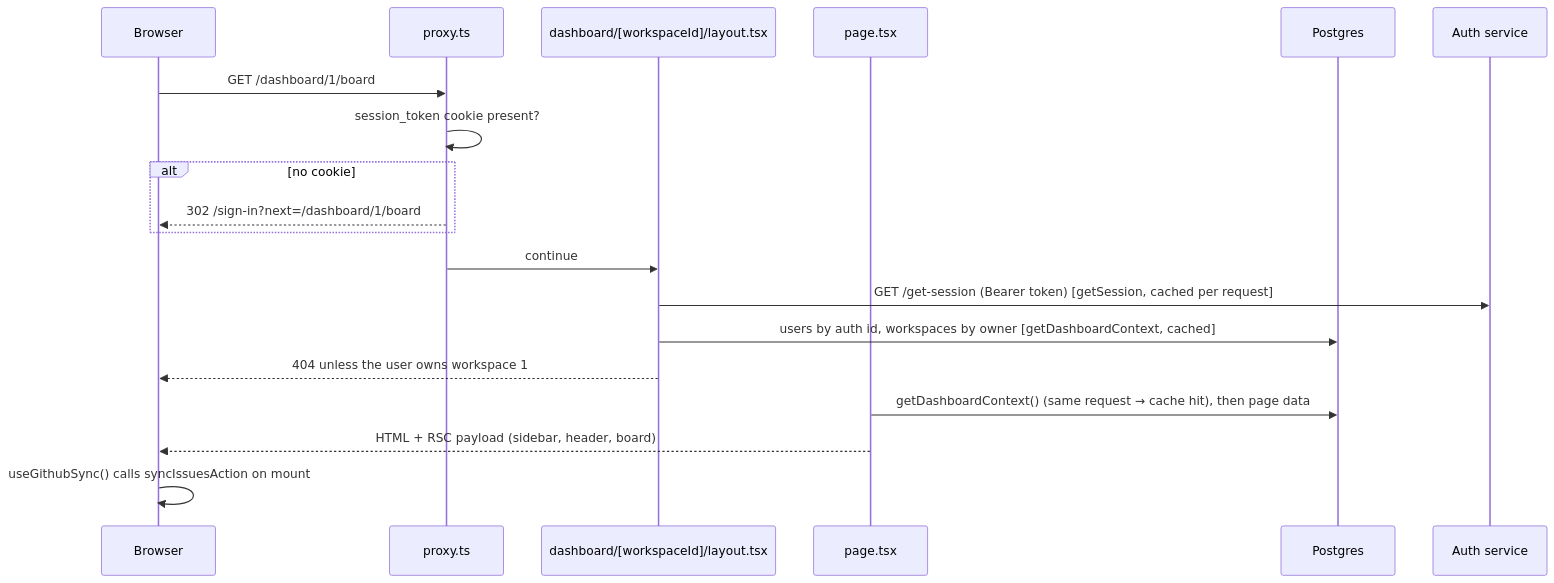
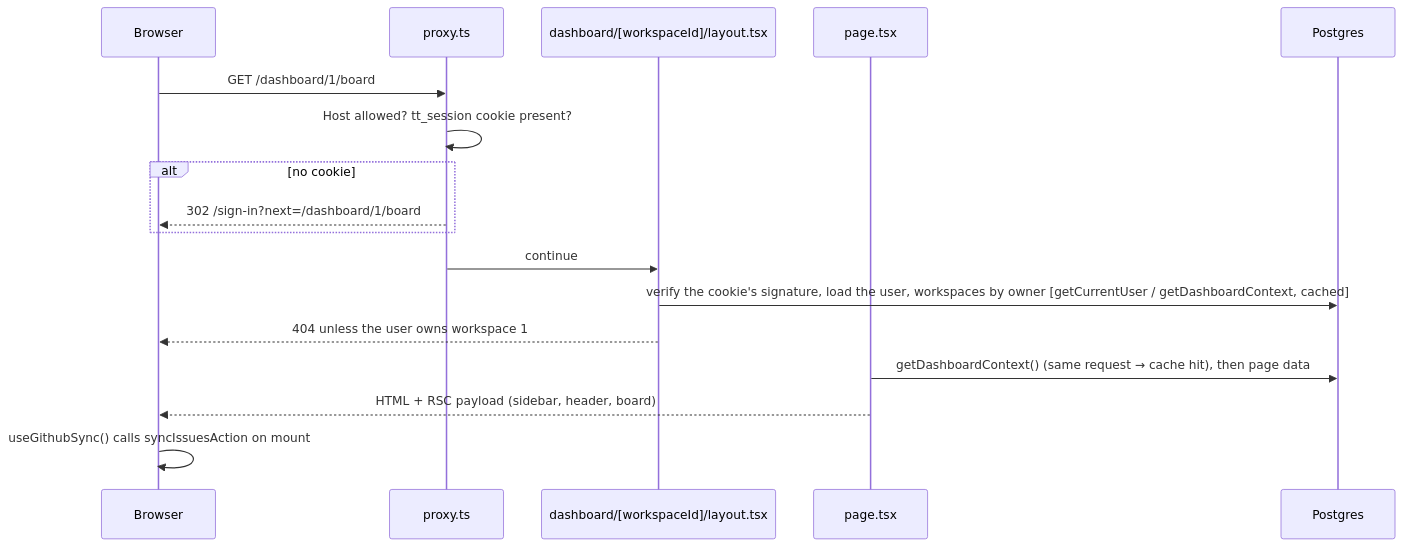
Before and after one commit to johanso/techcrew: the diagram in docs/architecture.md, drawn with Mermaid. The commit also changed other lines of this file and 11 other files, not shown here.

````diff
--- a/docs/architecture.md
+++ b/docs/architecture.md
@@ -188,22 +188,20 @@
 ```mermaid
 sequenceDiagram
     participant B as Browser
     participant P as proxy.ts
     participant L as dashboard/[workspaceId]/layout.tsx
     participant Pg as page.tsx
     participant DB as Postgres
-    participant A as Auth service
 
     B->>P: GET /dashboard/1/board
-    P->>P: session_token cookie present?
+    P->>P: Host allowed? tt_session cookie present?
     alt no cookie
         P-->>B: 302 /sign-in?next=/dashboard/1/board
     end
     P->>L: continue
-    L->>A: GET /get-session (Bearer token)  [getSession, cached per request]
-    L->>DB: users by auth id, workspaces by owner  [getDashboardContext, cached]
+    L->>DB: verify the cookie's signature, load the user, workspaces by owner  [getCurrentUser / getDashboardContext, cached]
     L-->>B: 404 unless the user owns workspace 1
     Pg->>DB: getDashboardContext() (same request → cache hit), then page data
     Pg-->>B: HTML + RSC payload (sidebar, header, board)
     B->>B: useGithubSync() calls syncIssuesAction on mount
 ```
````
